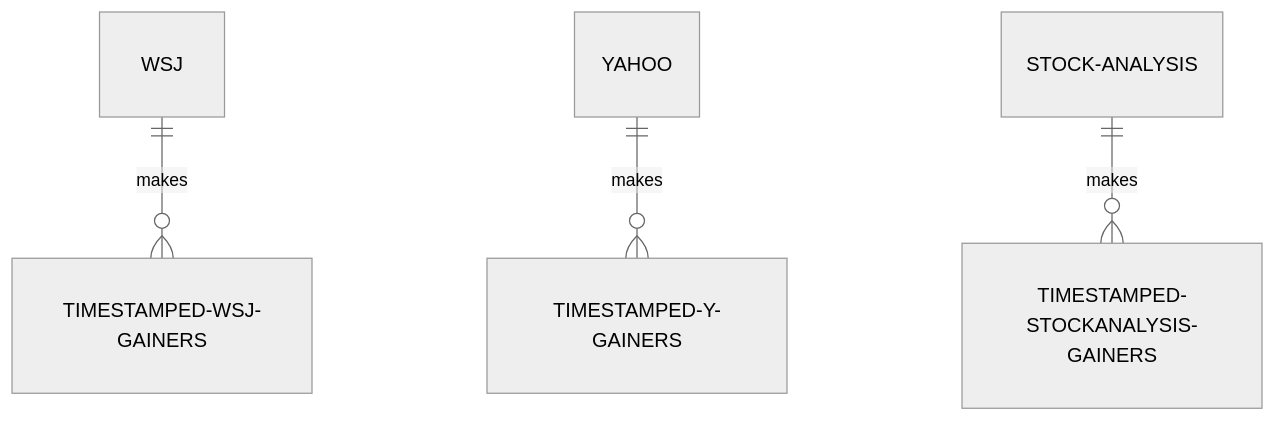
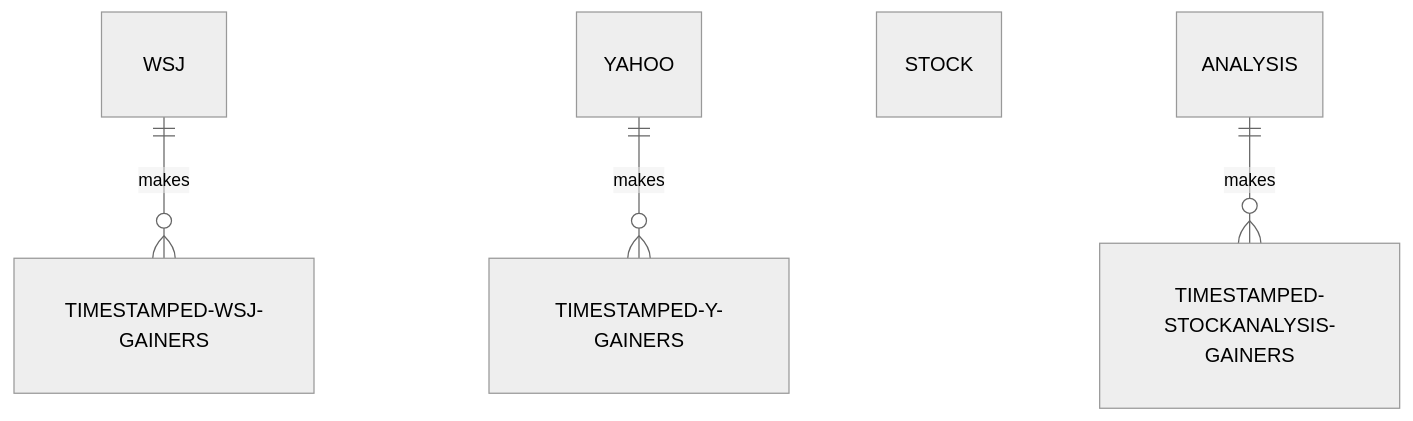
Before and after one commit to KazBarker/SP25_DS5111_nrg6cb: the first of 2 diagrams in ERD/ERD.md, drawn with Mermaid (neutral theme).

Commit message:
space testing

````diff
--- a/ERD/ERD.md
+++ b/ERD/ERD.md
@@ -2,6 +2,6 @@
 ```mermaid
 erDiagram
     WSJ only one to zero or more TIMESTAMPED-WSJ-GAINERS : makes
     YAHOO only one to zero or more TIMESTAMPED-Y-GAINERS : makes
-    STOCK-ANALYSIS only one to zero or more TIMESTAMPED-STOCKANALYSIS-GAINERS : makes
+    STOCK ANALYSIS only one to zero or more TIMESTAMPED-STOCKANALYSIS-GAINERS : makes
 ```
````
